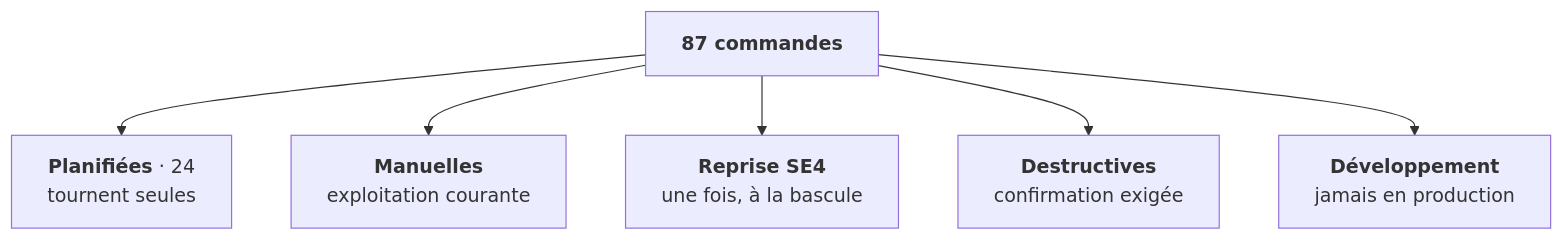
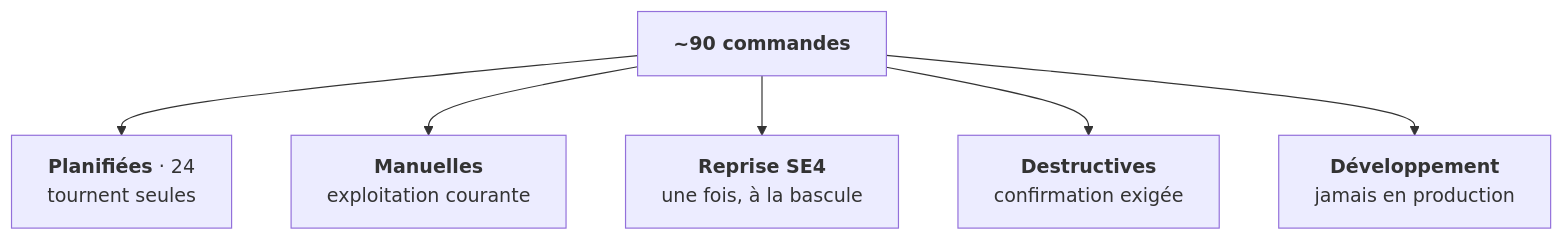
One commit to henritouchard/sambaedu-reload changed the diagram in docs/domains/exploitation.md. Above: the diagram before and after it, drawn with Mermaid. The commit also changed other lines of this file, not shown here.

Commit message:
docs(exploitation): le décompte de commandes cesse d'être un chiffre exact
Cinq commandes ont été ajoutées depuis la passe artisan (clé immuable annuaire,
adoption des emplacements, semis rôle×type, déploiement et identité OpenCloud) :
la fiche annonçait 87 entrées, il y en a 92.

Un chiffre exact dans une fiche dérive à chaque commande livrée — exactement ce
que la fiche reproche à une liste tenue à la main. Il devient approximatif.

Le garde-fou d'architecture, lui, a tenu sans intervention : les cinq nouvelles
commandes portent description, aide longue et paramètres décrits (805 assertions
contre 754).

````diff
--- a/docs/domains/exploitation.md
+++ b/docs/domains/exploitation.md
@@ -24,8 +24,8 @@
 ```mermaid
 flowchart TD
-    A["<b>87 commandes</b>"] --> B["<b>Planifiées</b> · 24<br/>tournent seules"]
+    A["<b>~90 commandes</b>"] --> B["<b>Planifiées</b> · 24<br/>tournent seules"]
     A --> C["<b>Manuelles</b><br/>exploitation courante"]
     A --> D["<b>Reprise SE4</b><br/>une fois, à la bascule"]
     A --> E["<b>Destructives</b><br/>confirmation exigée"]
     A --> F["<b>Développement</b><br/>jamais en production"]
 ```
````
